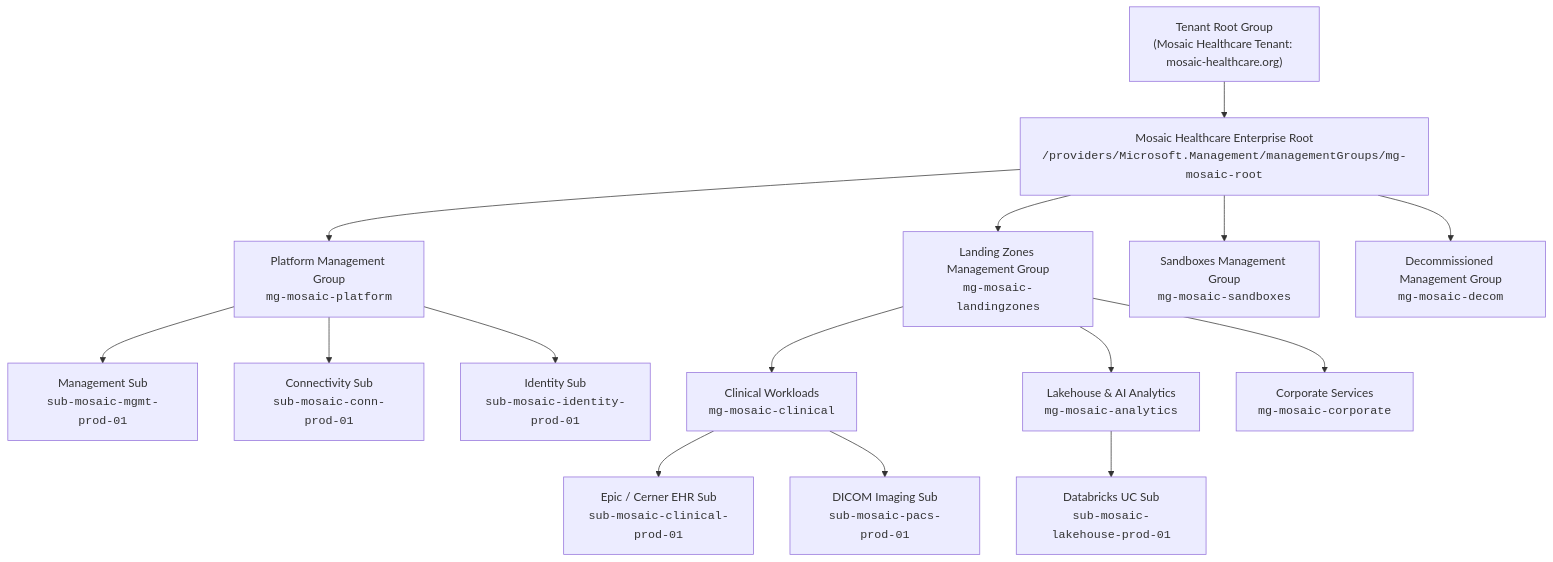
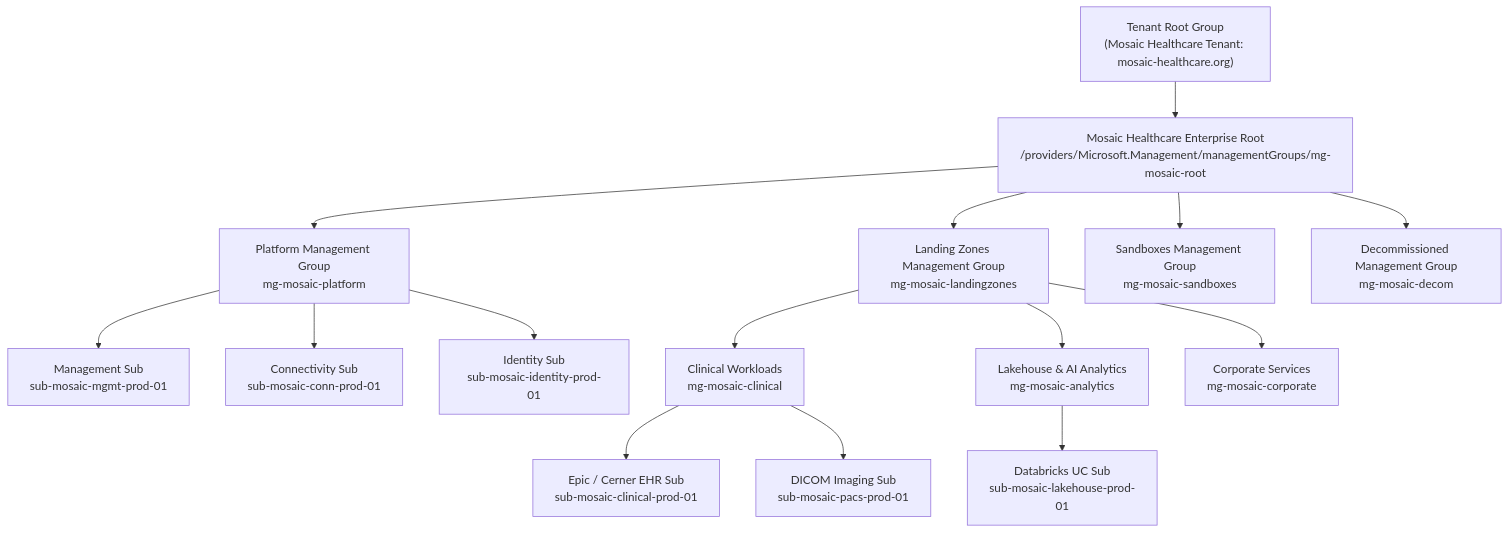
The first of 2 diagrams in docs/landing-zone/management-groups.md (FreeFades2Black/mosaic-health-cloud-architecture), drawn with Mermaid before and after one commit. The commit also changed 5 other files, not shown here.

Commit message:
fix(mermaid): remove inline html tags to ensure 100% diagram compatibility across all browsers

````diff
--- a/docs/landing-zone/management-groups.md
+++ b/docs/landing-zone/management-groups.md
@@ -12,42 +12,42 @@
 ```mermaid
 graph TD
     TenantRoot["Tenant Root Group<br/>(Mosaic Healthcare Tenant: mosaic-healthcare.org)"]
     
-    MosaicRoot["Mosaic Healthcare Enterprise Root<br/><code>/providers/Microsoft.Management/managementGroups/mg-mosaic-root</code>"]
+    MosaicRoot["Mosaic Healthcare Enterprise Root<br/>/providers/Microsoft.Management/managementGroups/mg-mosaic-root"]
     
     TenantRoot --> MosaicRoot
 
-    Platform["Platform Management Group<br/><code>mg-mosaic-platform</code>"]
-    LandingZones["Landing Zones Management Group<br/><code>mg-mosaic-landingzones</code>"]
-    Sandbox["Sandboxes Management Group<br/><code>mg-mosaic-sandboxes</code>"]
-    Decom["Decommissioned Management Group<br/><code>mg-mosaic-decom</code>"]
+    Platform["Platform Management Group<br/>mg-mosaic-platform"]
+    LandingZones["Landing Zones Management Group<br/>mg-mosaic-landingzones"]
+    Sandbox["Sandboxes Management Group<br/>mg-mosaic-sandboxes"]
+    Decom["Decommissioned Management Group<br/>mg-mosaic-decom"]
 
     MosaicRoot --> Platform
     MosaicRoot --> LandingZones
     MosaicRoot --> Sandbox
     MosaicRoot --> Decom
 
-    MgmtSub["Management Sub<br/><code>sub-mosaic-mgmt-prod-01</code>"]
-    ConnSub["Connectivity Sub<br/><code>sub-mosaic-conn-prod-01</code>"]
-    IdSub["Identity Sub<br/><code>sub-mosaic-identity-prod-01</code>"]
+    MgmtSub["Management Sub<br/>sub-mosaic-mgmt-prod-01"]
+    ConnSub["Connectivity Sub<br/>sub-mosaic-conn-prod-01"]
+    IdSub["Identity Sub<br/>sub-mosaic-identity-prod-01"]
 
     Platform --> MgmtSub
     Platform --> ConnSub
     Platform --> IdSub
 
-    Clinical["Clinical Workloads<br/><code>mg-mosaic-clinical</code>"]
-    Analytics["Lakehouse & AI Analytics<br/><code>mg-mosaic-analytics</code>"]
-    Corporate["Corporate Services<br/><code>mg-mosaic-corporate</code>"]
+    Clinical["Clinical Workloads<br/>mg-mosaic-clinical"]
+    Analytics["Lakehouse & AI Analytics<br/>mg-mosaic-analytics"]
+    Corporate["Corporate Services<br/>mg-mosaic-corporate"]
 
     LandingZones --> Clinical
     LandingZones --> Analytics
     LandingZones --> Corporate
 
-    EpicSub["Epic / Cerner EHR Sub<br/><code>sub-mosaic-clinical-prod-01</code>"]
-    PACSsub["DICOM Imaging Sub<br/><code>sub-mosaic-pacs-prod-01</code>"]
-    LakehouseSub["Databricks UC Sub<br/><code>sub-mosaic-lakehouse-prod-01</code>"]
+    EpicSub["Epic / Cerner EHR Sub<br/>sub-mosaic-clinical-prod-01"]
+    PACSsub["DICOM Imaging Sub<br/>sub-mosaic-pacs-prod-01"]
+    LakehouseSub["Databricks UC Sub<br/>sub-mosaic-lakehouse-prod-01"]
 
     Clinical --> EpicSub
     Clinical --> PACSsub
     Analytics --> LakehouseSub
 ```
````
